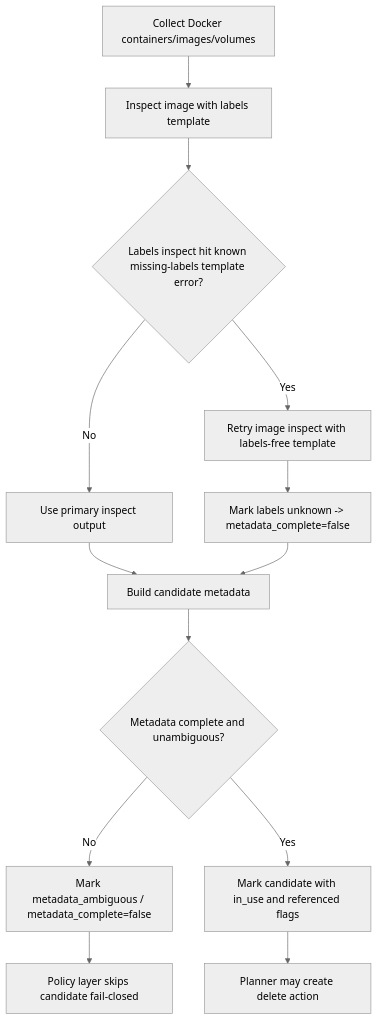
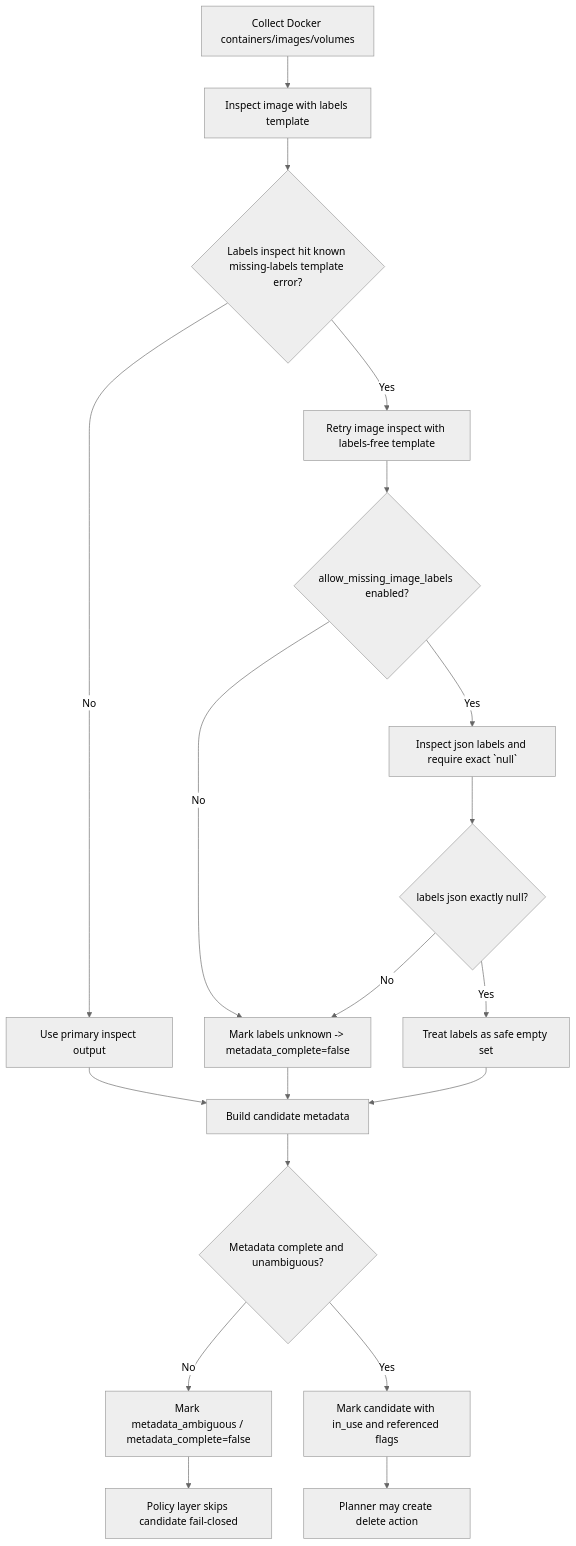
Before and after one commit to vivekvedant/prune-guard: the first of 2 diagrams in flowcharts/docker-backend.md, drawn with Mermaid (neutral theme). The commit also changed 11 other files, not shown here.

Commit message:
feat(safety): opt-in null-verified missing image labels

````diff
--- a/flowcharts/docker-backend.md
+++ b/flowcharts/docker-backend.md
@@ -7,15 +7,21 @@
 ```mermaid
 flowchart TD
     A[Collect Docker containers/images/volumes] --> B[Inspect image with labels template]
     B --> C{Labels inspect hit known missing-labels template error?}
     C -- Yes --> D[Retry image inspect with labels-free template]
     C -- No --> E[Use primary inspect output]
-    D --> F[Mark labels unknown -> metadata_complete=false]
+    D --> F{allow_missing_image_labels enabled?}
+    F -- No --> F1[Mark labels unknown -> metadata_complete=false]
+    F -- Yes --> F2[Inspect json labels and require exact `null`]
+    F2 --> F3{labels json exactly null?}
+    F3 -- No --> F1
+    F3 -- Yes --> F4[Treat labels as safe empty set]
     E --> G[Build candidate metadata]
-    F --> G
+    F1 --> G
+    F4 --> G
     G --> H{Metadata complete and unambiguous?}
     H -- No --> I[Mark metadata_ambiguous / metadata_complete=false]
     H -- Yes --> J[Mark candidate with in_use and referenced flags]
     I --> K[Policy layer skips candidate fail-closed]
     J --> L[Planner may create delete action]
 ```
````
